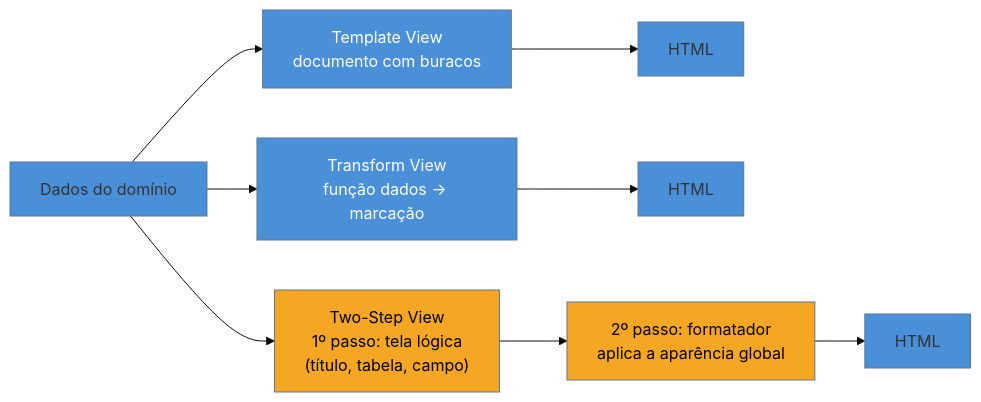
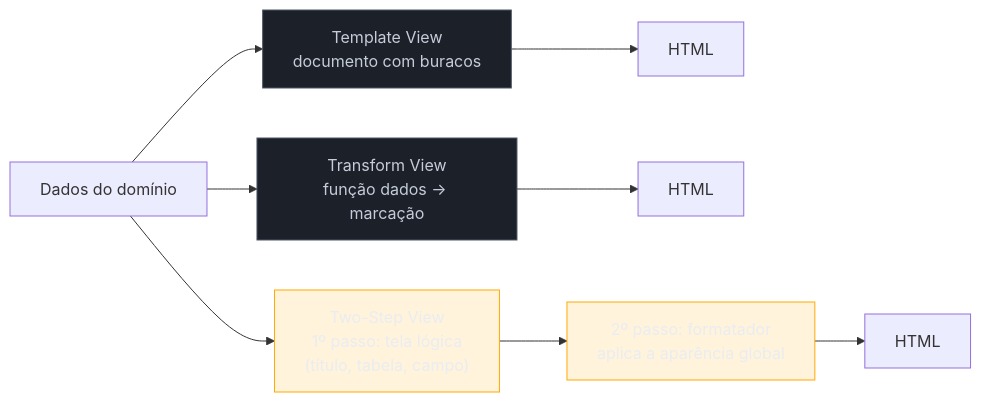
The diagram in 03-Dominios/Engenharia/Design de Software/Padrões de Projeto/Aplicação Corporativa/05 - Template View × Transform View × Two-Step View.md (josenaldo/codex-technomanticus), drawn with Mermaid before and after one commit. The commit also changed 1181 other files, not shown here.

First line of the commit message:
fix(diagramas): paleta do sistema no lugar de cor cravada no markdown

````diff
--- a/03-Dominios/Engenharia/Design de Software/Padrões de Projeto/Aplicação Corporativa/05 - Template View × Transform View × Two-Step View.md
+++ b/03-Dominios/Engenharia/Design de Software/Padrões de Projeto/Aplicação Corporativa/05 - Template View × Transform View × Two-Step View.md
@@ -64,18 +64,19 @@
 ```mermaid
-%%{init: {"theme": "base", "themeVariables": {"primaryColor": "#4A90D9"}}}%%
 graph LR
+    classDef neutro fill:#1B2029,stroke:#4E5666,color:#C6CCD8
+    classDef destaque fill:#FFAA0024,stroke:#FFAA00,color:#E9ECF2
     D["Dados do domínio"] --> T1["Template View<br/>documento com buracos"]
     T1 --> H1["HTML"]
 
     D --> T2["Transform View<br/>função dados → marcação"]
     T2 --> H2["HTML"]
 
     D --> S1["Two-Step View<br/>1º passo: tela lógica<br/>(título, tabela, campo)"]
     S1 --> S2["2º passo: formatador<br/>aplica a aparência global"]
     S2 --> H3["HTML"]
 
-    style T1 fill:#4A90D9,color:#fff
-    style T2 fill:#4A90D9,color:#fff
-    style S1 fill:#F5A623,color:#000
-    style S2 fill:#F5A623,color:#000
+    class T1 neutro
+    class T2 neutro
+    class S1 destaque
+    class S2 destaque
 ```
````
